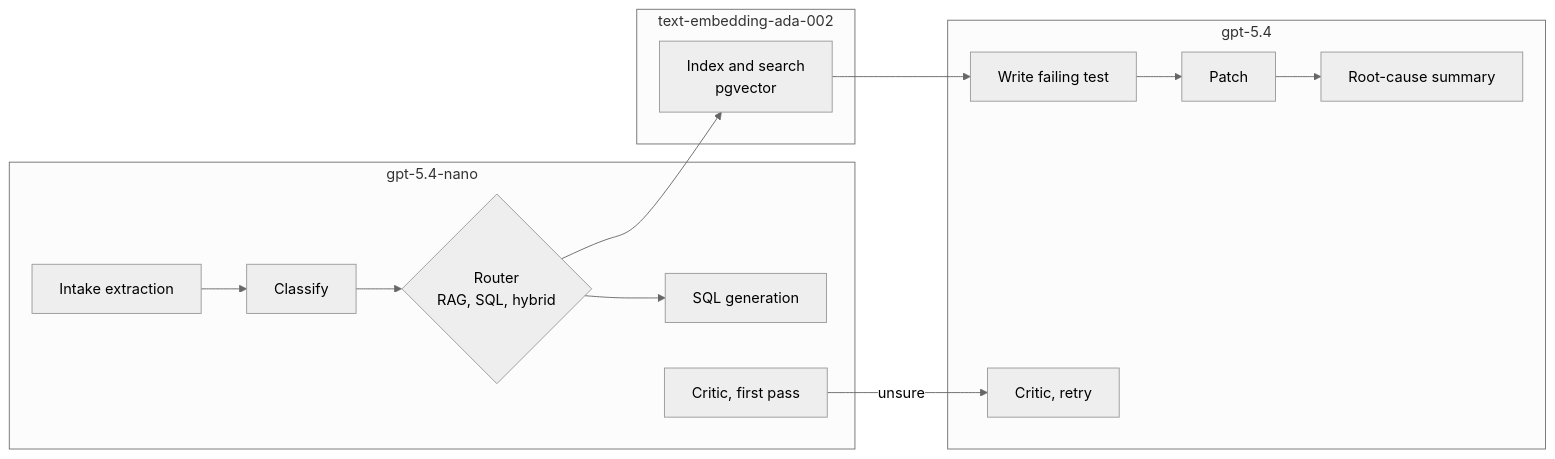
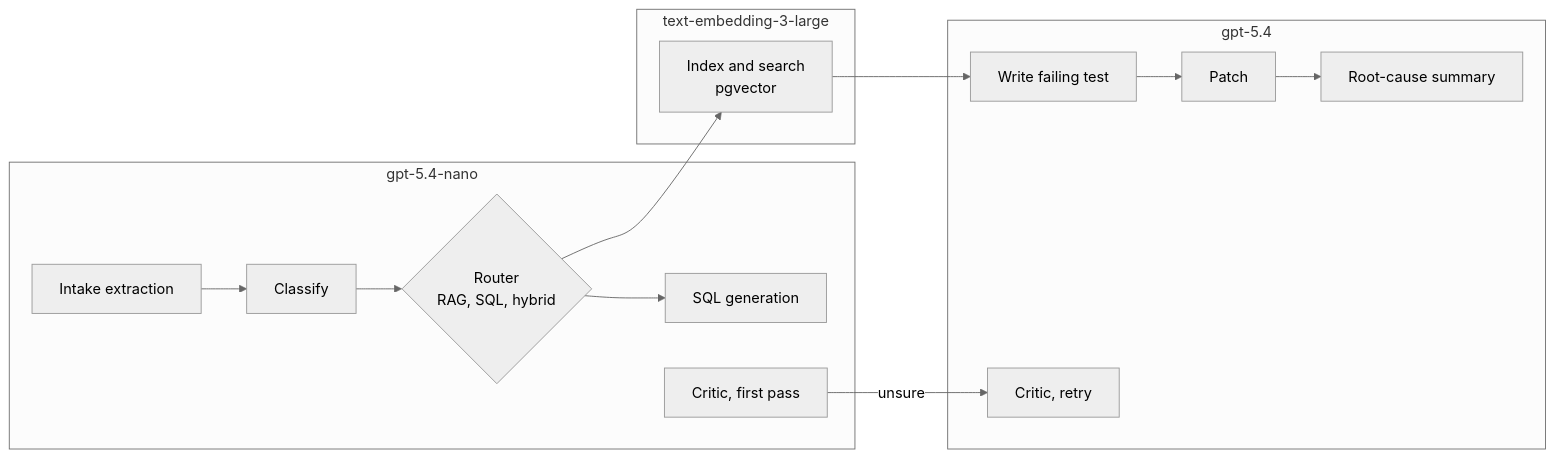
The diagram in docs/AZURE-SETUP.md (SubashNadar/issue-to-pr-agent), drawn with Mermaid (neutral theme) before and after one commit. The commit also changed other lines of this file and 5 other files, not shown here.

First line of the commit message:
Switch embeddings to text-embedding-3-large

````diff
--- a/docs/AZURE-SETUP.md
+++ b/docs/AZURE-SETUP.md
@@ -19,20 +19,20 @@
 ```mermaid
 flowchart LR
   subgraph Small[gpt-5.4-nano]
     I[Intake extraction] --> C[Classify]
     C --> RT{Router<br/>RAG, SQL, hybrid}
     RT --> SQL[SQL generation]
     K1[Critic, first pass]
   end
   subgraph Strong[gpt-5.4]
     T[Write failing test] --> P[Patch]
     P --> S[Root-cause summary]
     K2[Critic, retry]
   end
-  subgraph Embed[text-embedding-ada-002]
+  subgraph Embed[text-embedding-3-large]
     E[Index and search<br/>pgvector]
   end
   RT --> E
   E --> T
   K1 -- unsure --> K2
 ```
````
